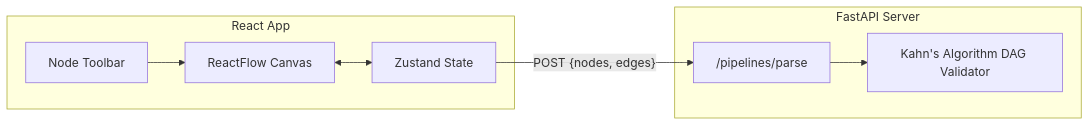
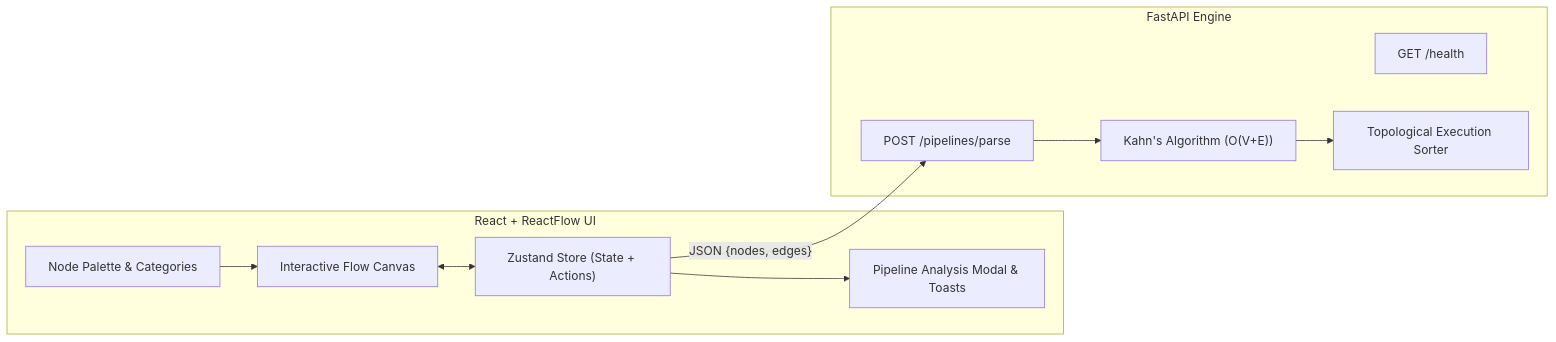
Before and after one commit to PTP063/Visflow: the diagram in README.md, drawn with Mermaid. The commit also changed other lines of this file and 19 other files, not shown here.

Commit message:
feat(ui/ux): overhaul Visflow with dark glassmorphic design, templates, inspector modal, and diagnostics

````diff
--- a/README.md
+++ b/README.md
@@ -13,18 +27,25 @@
 ```mermaid
 graph LR
-    subgraph Frontend [React App]
-        Canvas[ReactFlow Canvas]
-        Store[Zustand State]
-        Toolbar[Node Toolbar]
+    subgraph Frontend ["React + ReactFlow UI"]
+        Toolbar["Node Palette & Categories"]
+        Canvas["Interactive Flow Canvas"]
+        Store["Zustand Store (State + Actions)"]
+        Inspector["Pipeline Analysis Modal & Toasts"]
+        
+        Toolbar --> Canvas
         Canvas <--> Store
-        Toolbar --> Canvas
+        Store --> Inspector
     end
 
-    subgraph Backend [FastAPI Server]
-        API["/pipelines/parse"]
-        DAG["Kahn's Algorithm DAG Validator"]
-        API --> DAG
+    subgraph Backend ["FastAPI Engine"]
+        API["POST /pipelines/parse"]
+        Health["GET /health"]
+        Kahn["Kahn's Algorithm (O(V+E))"]
+        Topo["Topological Execution Sorter"]
+        
+        API --> Kahn
+        Kahn --> Topo
     end
 
-    Store -- POST {nodes, edges} --> API
+    Store -- "JSON {nodes, edges}" --> API
 ```
````
